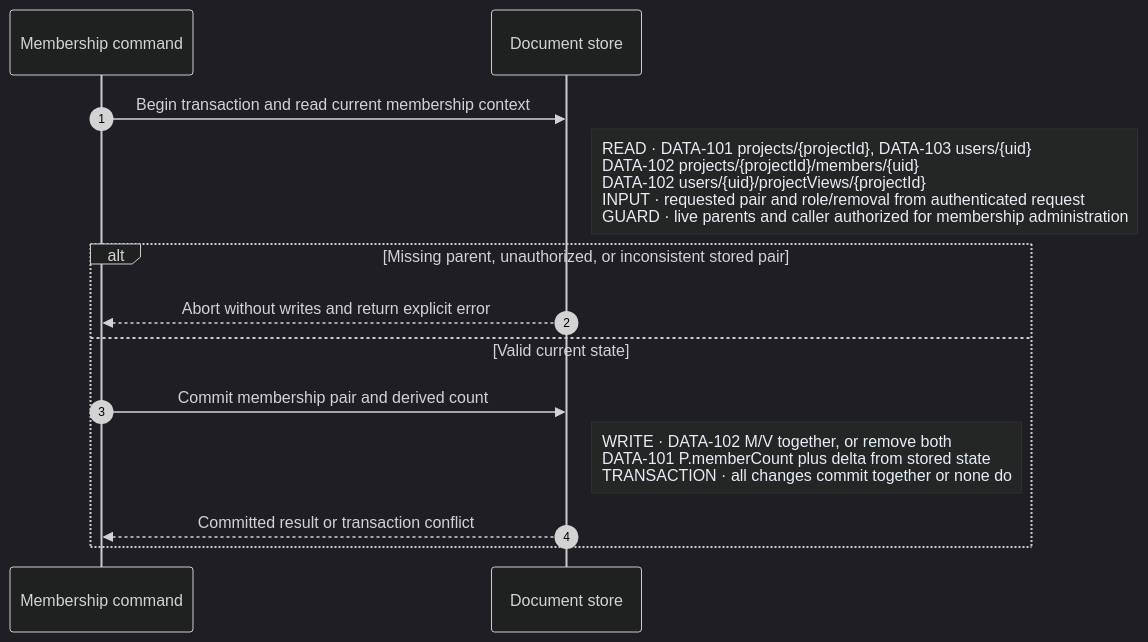
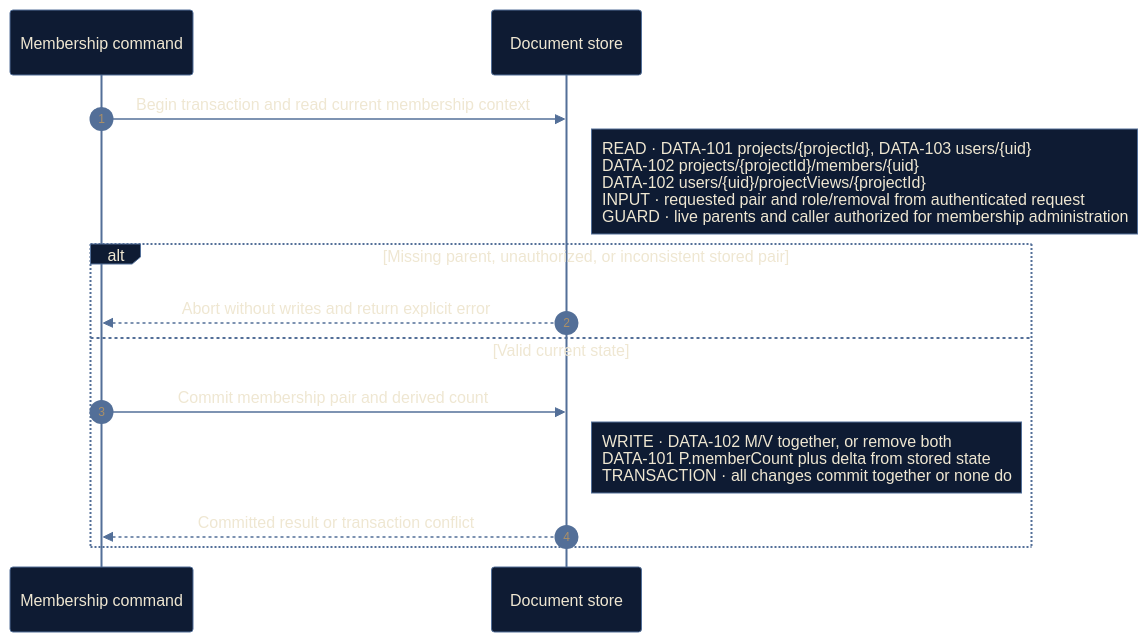
Before and after one commit to swabbiedotdev/product-intent-package: the fourth of 4 diagrams in skills/product-intent-manager/references/document-data-models.md, drawn with Mermaid. The commit also changed other lines of this file and 21 other files, not shown here.

````diff
--- a/skills/product-intent-manager/references/document-data-models.md
+++ b/skills/product-intent-manager/references/document-data-models.md
@@ -233,28 +257,44 @@
 ```mermaid
 ---
 config:
-  theme: dark
+  theme: base
   sequence:
     noteAlign: left
     noteFontSize: 14
-    noteFontFamily: Arial
   themeCSS: |
-    .noteText { font-family: Arial !important; font-size: 14px !important; }
+    .noteText { font-size: 14px !important; }
   themeVariables:
-    noteBkgColor: '#242626'
-    noteTextColor: '#e5edf5'
+    noteBkgColor: '#0E1B33'
+    noteTextColor: '#EFE7D2'
+    background: '#121314'
+    primaryColor: '#0E1B33'
+    primaryBorderColor: '#536F98'
+    primaryTextColor: '#EFE7D2'
+    textColor: '#EFE7D2'
+    lineColor: '#536F98'
+    actorBkg: '#0E1B33'
+    actorBorder: '#536F98'
+    actorTextColor: '#EFE7D2'
+    actorLineColor: '#536F98'
+    signalColor: '#536F98'
+    signalTextColor: '#EFE7D2'
+    noteBorderColor: '#536F98'
+    labelBoxBkgColor: '#0E1B33'
+    labelBoxBorderColor: '#536F98'
+    labelTextColor: '#EFE7D2'
+    loopTextColor: '#EFE7D2'
 ---
 sequenceDiagram
   autonumber
   participant C as Membership command
   participant DB as Document store
   C->>DB: Begin transaction and read current membership context
   Note right of DB: READ · DATA-101 projects/{projectId}, DATA-103 users/{uid}<br/>DATA-102 projects/{projectId}/members/{uid}<br/>DATA-102 users/{uid}/projectViews/{projectId}<br/>INPUT · requested pair and role/removal from authenticated request<br/>GUARD · live parents and caller authorized for membership administration
   alt Missing parent, unauthorized, or inconsistent stored pair
     DB-->>C: Abort without writes and return explicit error
   else Valid current state
     C->>DB: Commit membership pair and derived count
     Note right of DB: WRITE · DATA-102 M/V together, or remove both<br/>DATA-101 P.memberCount plus delta from stored state<br/>TRANSACTION · all changes commit together or none do
     DB-->>C: Committed result or transaction conflict
   end
 ```
````
